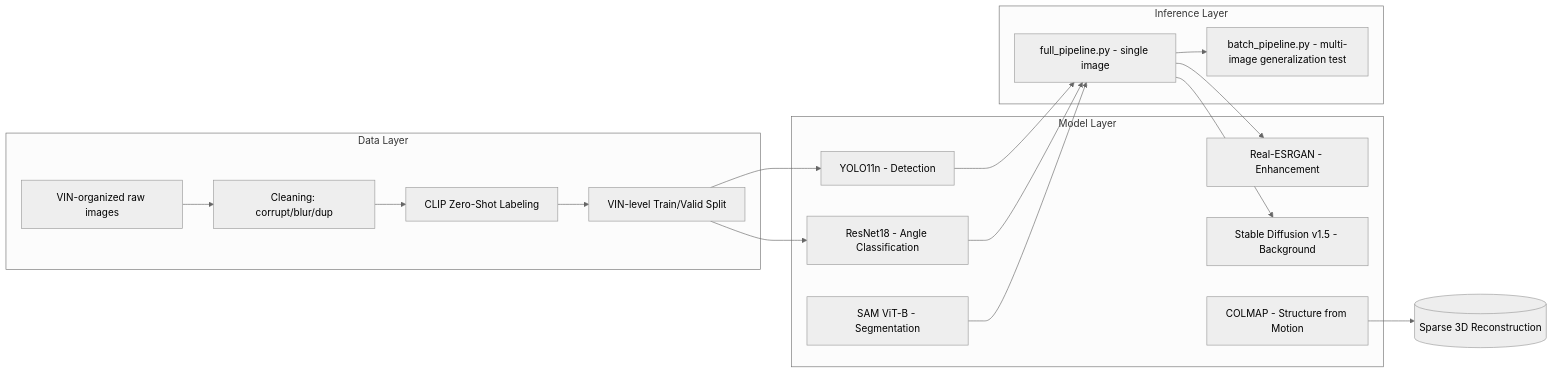
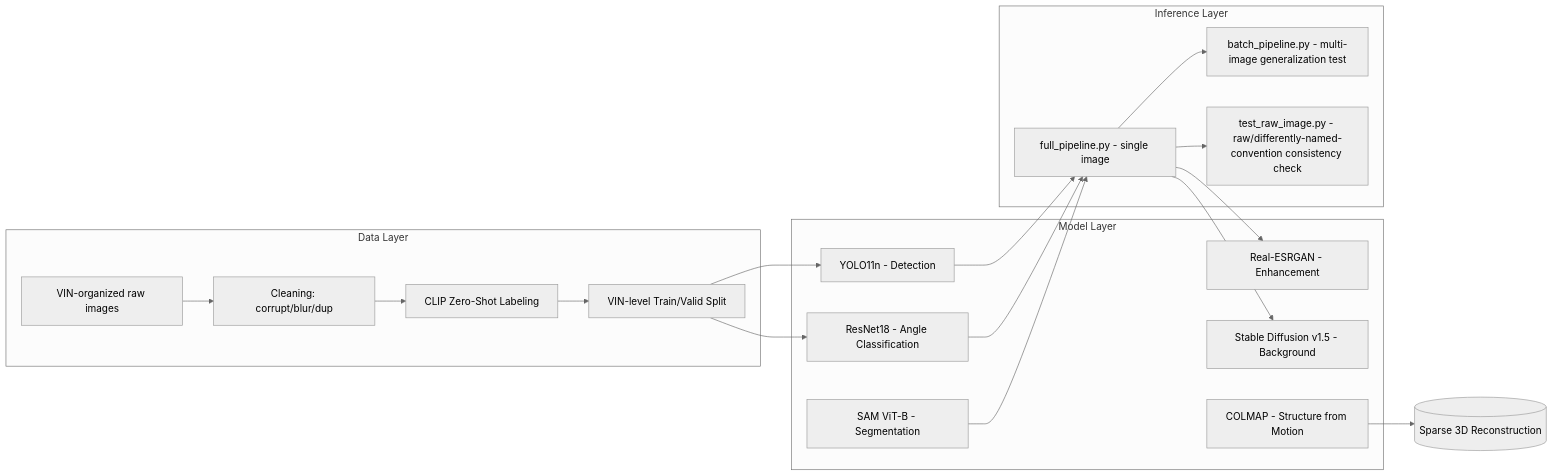
One commit to TannuRajput77/spyne-ai-clone changed the second of 2 diagrams in README.md. Above: the diagram before and after it, drawn with Mermaid (neutral theme). The commit also changed other lines of this file and 9 other files, not shown here.

Commit message:
Final README update: raw-VIN consistency check, engineering breakdown

````diff
--- a/README.md
+++ b/README.md
@@ -113,29 +113,31 @@
 ```mermaid
 flowchart LR
     subgraph Data Layer
         D1[VIN-organized raw images] --> D2[Cleaning: corrupt/blur/dup]
         D2 --> D3[CLIP Zero-Shot Labeling]
         D3 --> D4[VIN-level Train/Valid Split]
     end
     subgraph Model Layer
         M1[YOLO11n - Detection]
         M2[ResNet18 - Angle Classification]
         M3[SAM ViT-B - Segmentation]
         M4[Real-ESRGAN - Enhancement]
         M5[Stable Diffusion v1.5 - Background]
         M6[COLMAP - Structure from Motion]
     end
     subgraph Inference Layer
         I1[full_pipeline.py - single image]
         I2[batch_pipeline.py - multi-image generalization test]
+        I3[test_raw_image.py - raw/differently-named-convention consistency check]
     end
     D4 --> M1
     D4 --> M2
     M1 --> I1
     M2 --> I1
     M3 --> I1
     I1 --> M4
     I1 --> M5
     I1 --> I2
+    I1 --> I3
     M6 --> R1[(Sparse 3D Reconstruction)]
 ```
````
